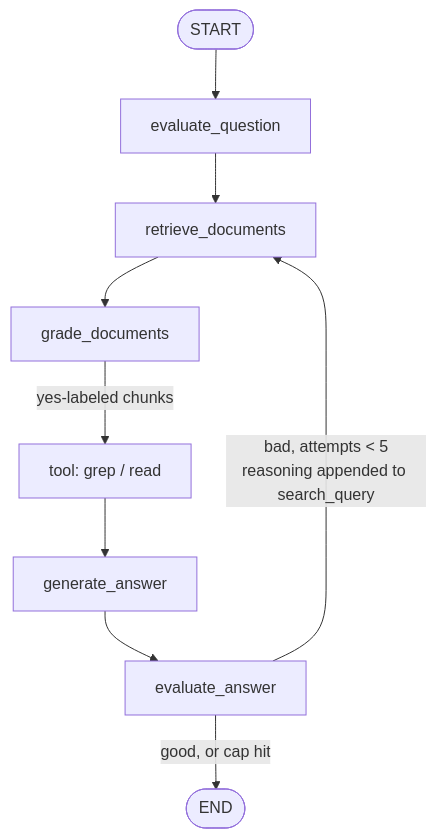
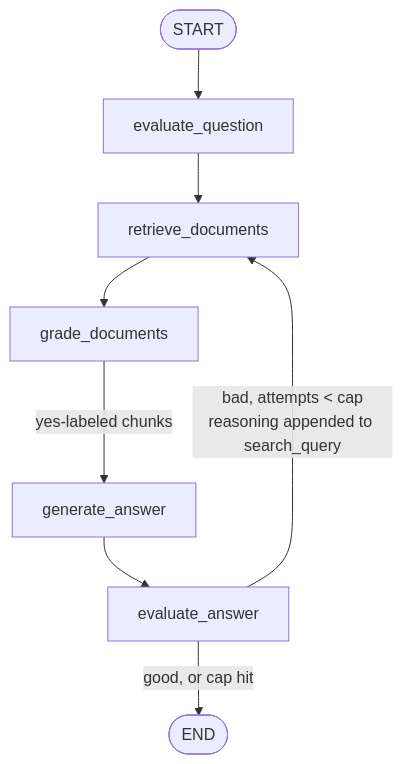
One commit to NaorGavriel/mnrva changed the diagram in docs/query_agent.md. Above: the diagram before and after it, drawn with Mermaid. The commit also changed other lines of this file and 3 other files, not shown here.

Commit message:
Removed tool node from architecture and design documentation.

````diff
--- a/docs/query_agent.md
+++ b/docs/query_agent.md
@@ -15,11 +12,10 @@
 ```mermaid
 graph TD
     START([START]) --> EQ[evaluate_question]
     EQ --> RD[retrieve_documents]
     RD --> GD[grade_documents]
-    GD -->|yes-labeled chunks| TL[tool: grep / read]
-    TL --> GA[generate_answer]
+    GD -->|yes-labeled chunks| GA[generate_answer]
     GA --> EA[evaluate_answer]
-    EA -->|bad, attempts < 5<br/>reasoning appended to search_query| RD
+    EA -->|bad, attempts < cap<br/>reasoning appended to search_query| RD
     EA -->|good, or cap hit| END([END])
 ```
````
